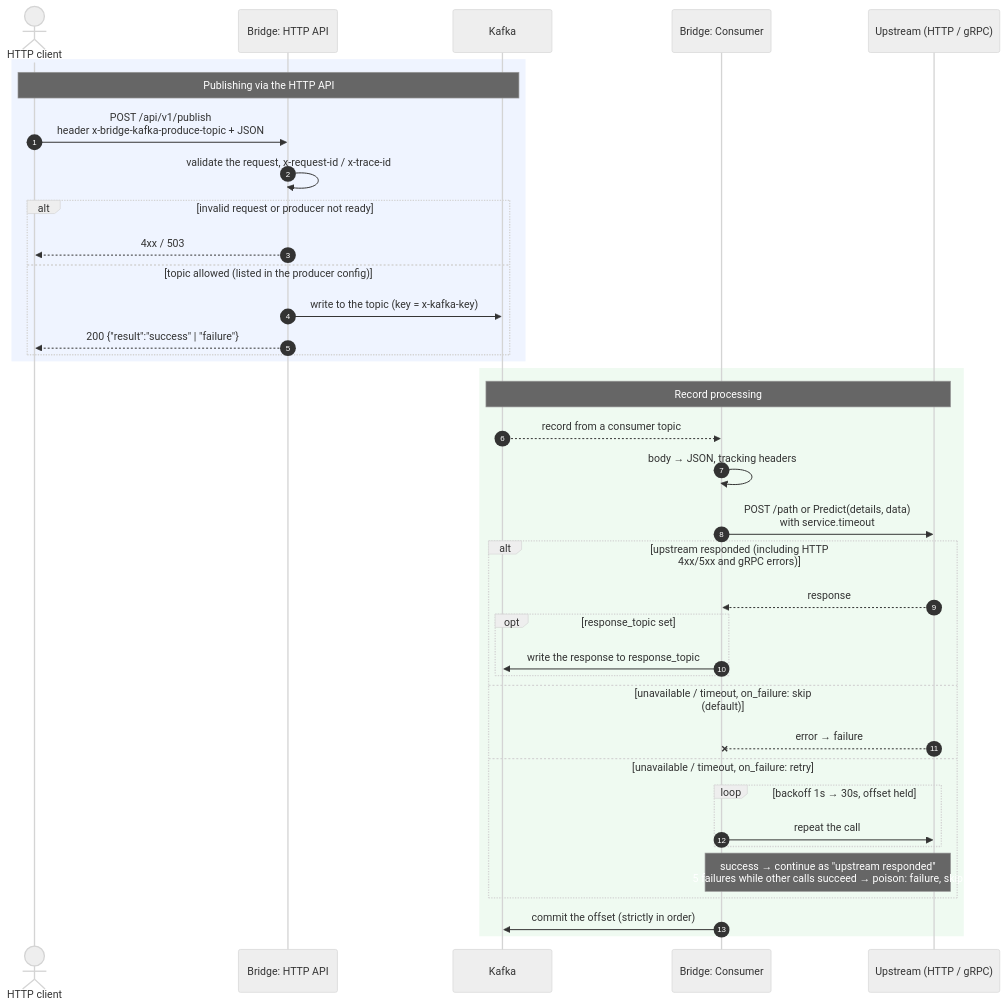
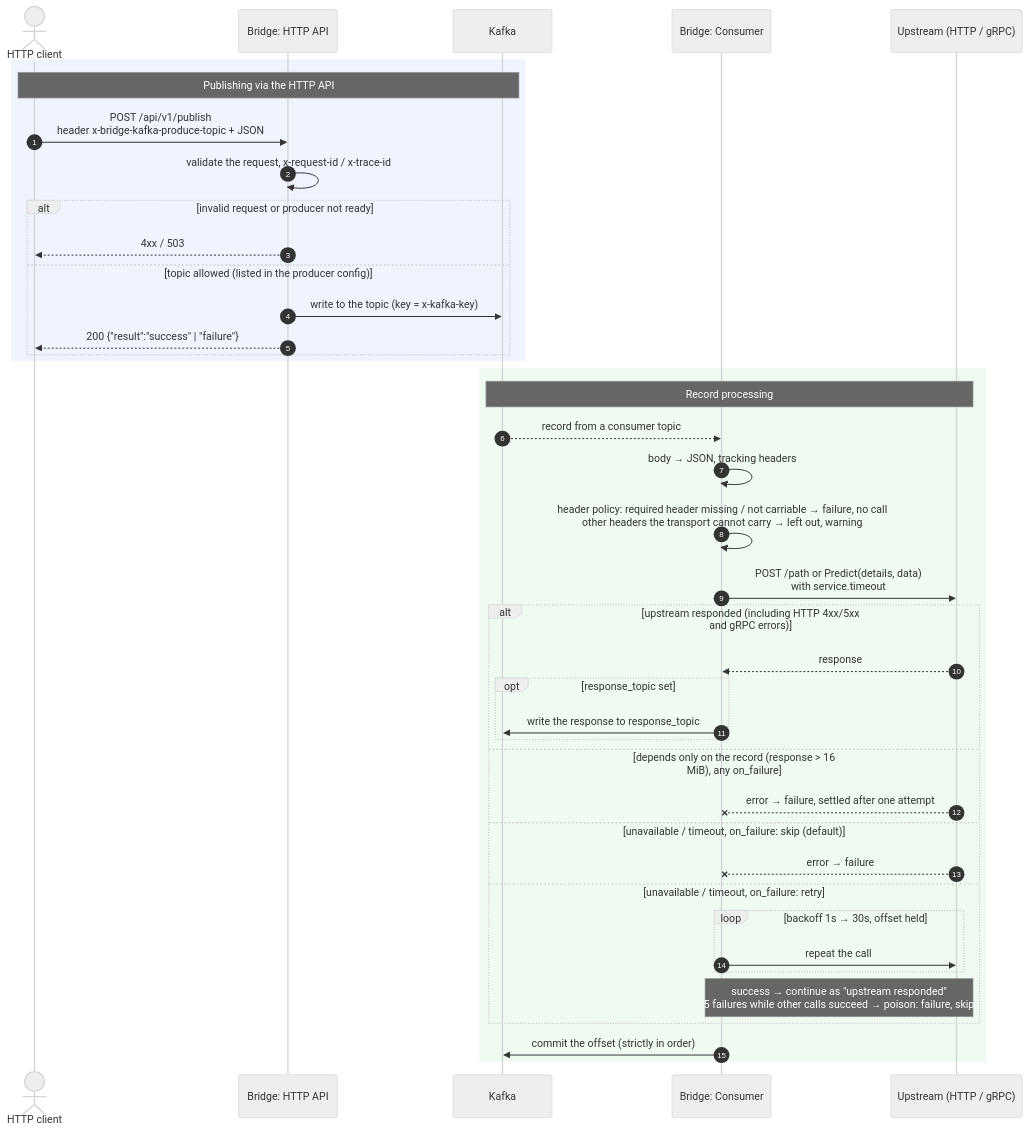
The diagram in docs/flow.md (Laztrex/bridge-kafka-service), drawn with Mermaid (neutral theme) before and after one commit. The commit also changed other lines of this file and 98 other files, not shown here.

````diff
--- a/docs/flow.md
+++ b/docs/flow.md
@@ -8,42 +8,45 @@
 ```mermaid
 sequenceDiagram
     autonumber
     actor Client as HTTP client
     participant API as Bridge: HTTP API
     participant K as Kafka
     participant B as Bridge: Consumer
     participant UP as Upstream (HTTP / gRPC)
 
     rect rgba(100, 150, 255, 0.1)
     Note over Client,K: Publishing via the HTTP API
     Client->>API: POST /api/v1/publish<br/>header x-bridge-kafka-produce-topic + JSON
     API->>API: validate the request, x-request-id / x-trace-id
     alt invalid request or producer not ready
         API-->>Client: 4xx / 503
     else topic allowed (listed in the producer config)
         API->>K: write to the topic (key = x-kafka-key)
         API-->>Client: 200 {"result":"success" | "failure"}
     end
     end
 
     rect rgba(100, 200, 120, 0.1)
     Note over K,UP: Record processing
     K-->>B: record from a consumer topic
     B->>B: body → JSON, tracking headers
+    B->>B: header policy: required header missing / not carriable → failure, no call<br/>other headers the transport cannot carry → left out, warning
     B->>UP: POST /path or Predict(details, data)<br/>with service.timeout
     alt upstream responded (including HTTP 4xx/5xx and gRPC errors)
         UP-->>B: response
         opt response_topic set
             B->>K: write the response to response_topic
         end
+    else depends only on the record (response > 16 MiB), any on_failure
+        UP--xB: error → failure, settled after one attempt
     else unavailable / timeout, on_failure: skip (default)
         UP--xB: error → failure
     else unavailable / timeout, on_failure: retry
         loop backoff 1s → 30s, offset held
             B->>UP: repeat the call
         end
         Note over B,UP: success → continue as "upstream responded"<br/>5 failures while other calls succeed → poison: failure, skip
     end
     B->>K: commit the offset (strictly in order)
     end
 ```
````
